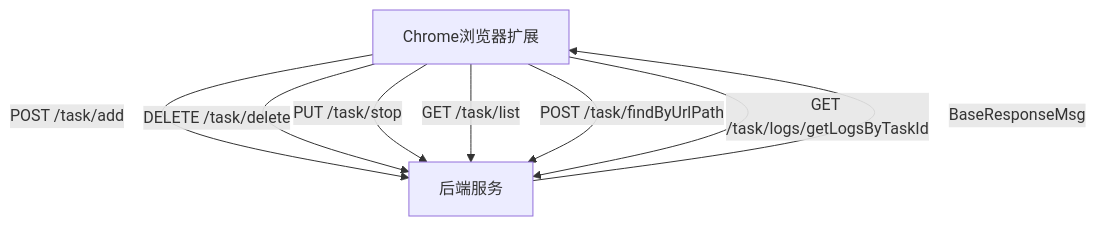
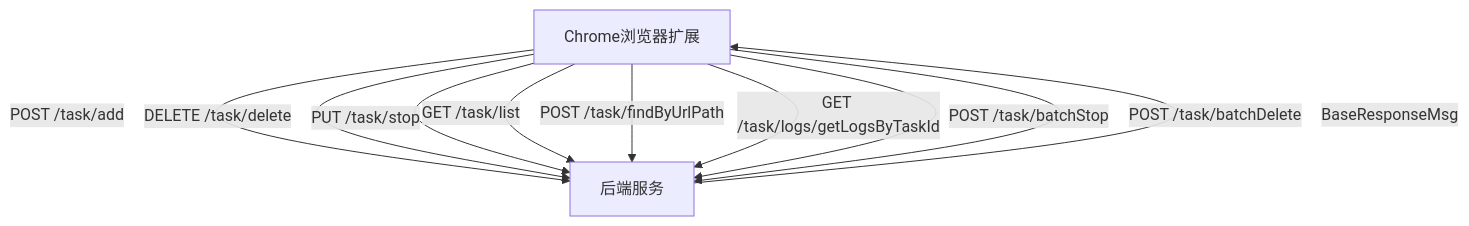
One commit to GitHubNull/sqlmapWebUI changed the first of 4 diagrams in .qoder/repowiki/zh/content/外部系统集成/外部系统集成.md. Above: the diagram before and after it, drawn with Mermaid. The commit also changed other lines of this file and 20 other files, not shown here.

````diff
--- a/.qoder/repowiki/zh/content/外部系统集成/外部系统集成.md
+++ b/.qoder/repowiki/zh/content/外部系统集成/外部系统集成.md
@@ -34,10 +50,12 @@
 ```mermaid
 flowchart TD
 ChromeExtension["Chrome浏览器扩展"] --> |POST /task/add| Backend["后端服务"]
 ChromeExtension --> |DELETE /task/delete| Backend
 ChromeExtension --> |PUT /task/stop| Backend
 ChromeExtension --> |GET /task/list| Backend
 ChromeExtension --> |POST /task/findByUrlPath| Backend
 ChromeExtension --> |GET /task/logs/getLogsByTaskId| Backend
+ChromeExtension --> |POST /task/batchStop| Backend
+ChromeExtension --> |POST /task/batchDelete| Backend
 Backend --> |BaseResponseMsg| ChromeExtension
 ```
````
